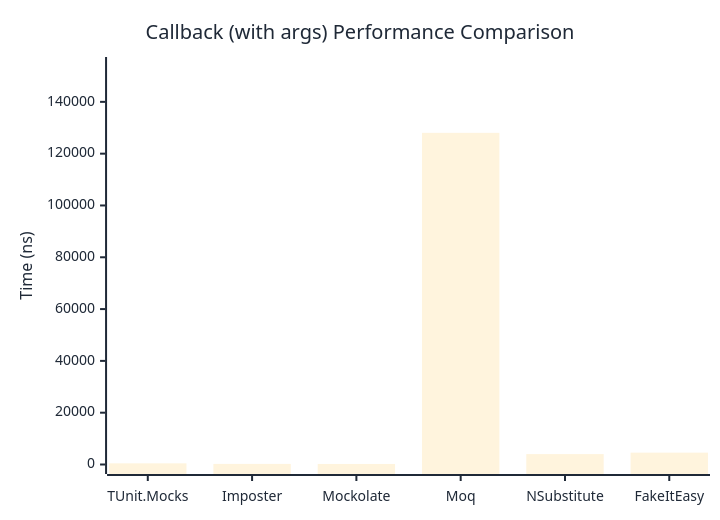
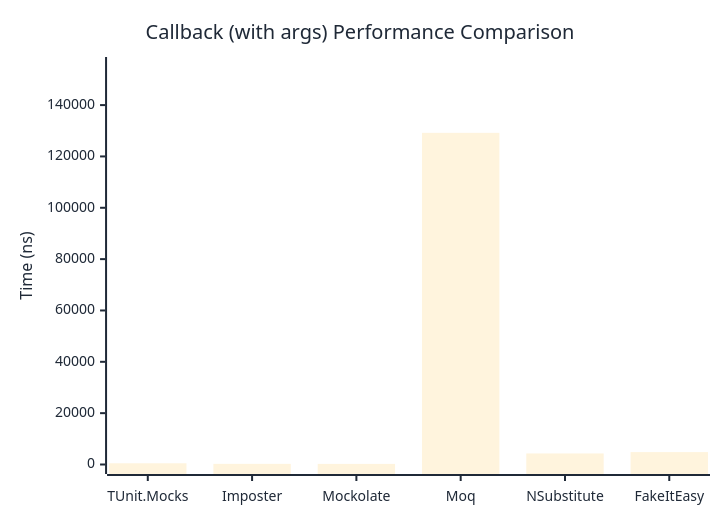
Before and after one commit to thomhurst/TUnit: the second of 2 diagrams in docs/docs/benchmarks/mocks/Callback.md, drawn with Mermaid. The commit also changed other lines of this file and 14 other files, not shown here.

````diff
--- a/docs/docs/benchmarks/mocks/Callback.md
+++ b/docs/docs/benchmarks/mocks/Callback.md
@@ -71,27 +71,27 @@
 ```mermaid
 %%{init: {
   'theme':'base',
   'themeVariables': {
     'primaryColor': '#2563eb',
     'primaryTextColor': '#1f2937',
     'primaryBorderColor': '#1e40af',
     'lineColor': '#6b7280',
     'secondaryColor': '#7c3aed',
     'tertiaryColor': '#dc2626',
     'background': '#ffffff',
     'pie1': '#2563eb',
     'pie2': '#7c3aed',
     'pie3': '#dc2626',
     'pie4': '#f59e0b',
     'pie5': '#10b981',
     'pie6': '#06b6d4',
     'pie7': '#ec4899',
     'pie8': '#6366f1'
   }
 }}%%
 xychart-beta
   title "Callback (with args) Performance Comparison"
   x-axis ["TUnit.Mocks", "Imposter", "Mockolate", "Moq", "NSubstitute", "FakeItEasy"]
-  y-axis "Time (ns)" 0 --> 153650
-  bar [447.7, 225.7, 209.2, 128041.1, 4019.6, 4578.4]
+  y-axis "Time (ns)" 0 --> 155032
+  bar [473.6, 250.6, 229.6, 129192.9, 4308.3, 4833.6]
 ```
````
